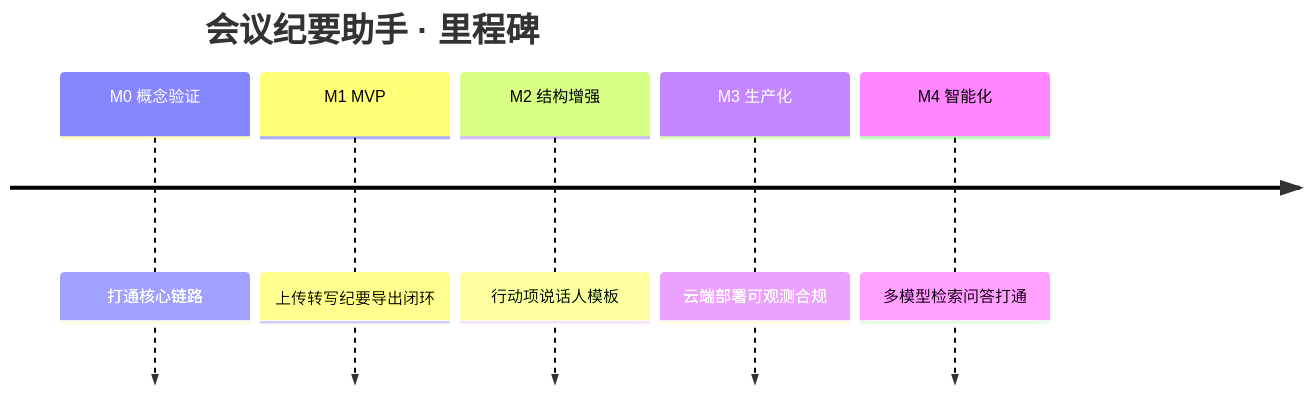
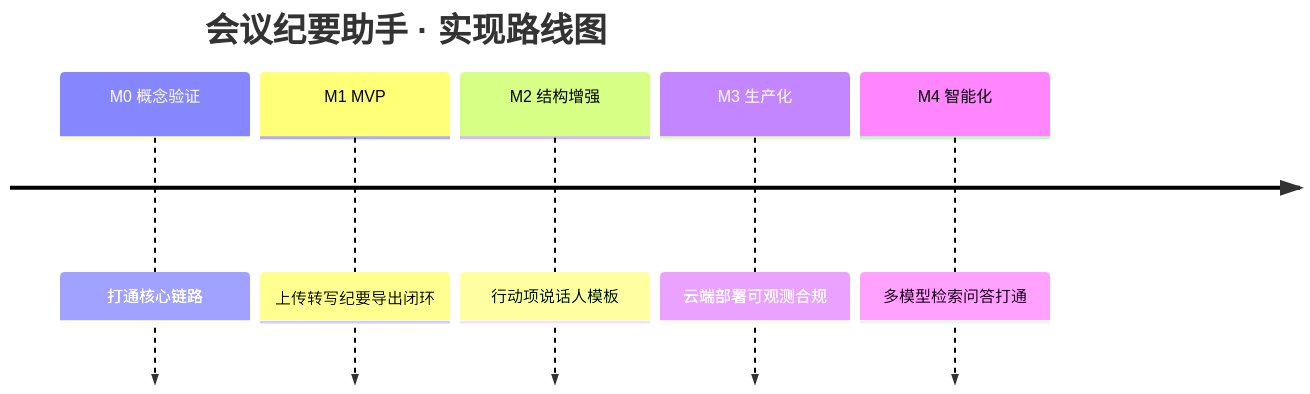
One commit to Lancer-Go/Meeting-Minutes-Assistant changed the diagram in docs/roadmap.md. Above: the diagram before and after it, drawn with Mermaid. The commit also changed other lines of this file and 11 other files, not shown here.

Commit message:
docs: 收敛为mission/roadmap/tech-stack三文件，roadmap重写为详细实现路线图

````diff
--- a/docs/roadmap.md
+++ b/docs/roadmap.md
@@ -10,9 +14,9 @@
 ```mermaid
 timeline
-    title 会议纪要助手 · 里程碑
+    title 会议纪要助手 · 实现路线图
     M0 概念验证 : 打通核心链路
     M1 MVP : 上传转写纪要导出闭环
     M2 结构增强 : 行动项说话人模板
     M3 生产化 : 云端部署可观测合规
     M4 智能化 : 多模型检索问答打通
 ```
````
